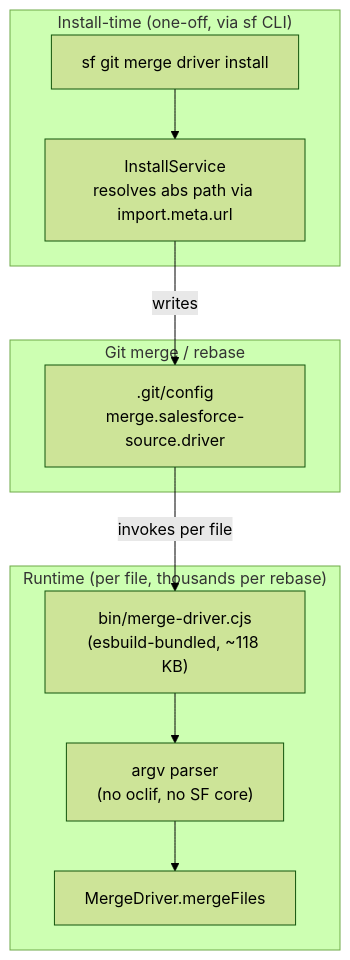
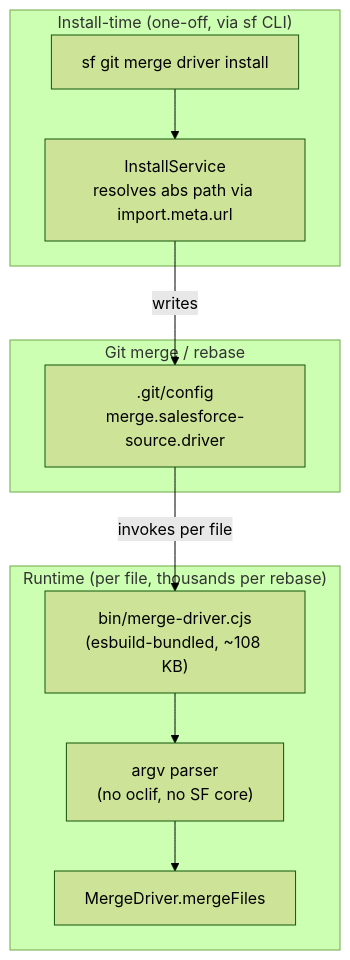
One commit to scolladon/sf-git-merge-driver changed the fifth of 8 diagrams in DESIGN.md. Above: the diagram before and after it, drawn with Mermaid (forest theme). The commit also changed other lines of this file and 4 other files, not shown here.

````diff
--- a/DESIGN.md
+++ b/DESIGN.md
@@ -207,21 +206,21 @@
 ```mermaid
 flowchart TD
     subgraph Git["Git merge / rebase"]
         GitCfg[".git/config<br/>merge.salesforce-source.driver"]
     end
 
     subgraph Install["Install-time (one-off, via sf CLI)"]
         SfInstall["sf git merge driver install"]
         InstallSvc["InstallService<br/>resolves abs path via import.meta.url"]
     end
 
     subgraph Runtime["Runtime (per file, thousands per rebase)"]
-        Binary["bin/merge-driver.cjs<br/>(esbuild-bundled, ~118 KB)"]
+        Binary["bin/merge-driver.cjs<br/>(esbuild-bundled, ~108 KB)"]
         ArgvParser["argv parser<br/>(no oclif, no SF core)"]
         MD["MergeDriver.mergeFiles"]
     end
 
     SfInstall --> InstallSvc -->|writes| GitCfg
     GitCfg -->|invokes per file| Binary
     Binary --> ArgvParser --> MD
 ```
````
